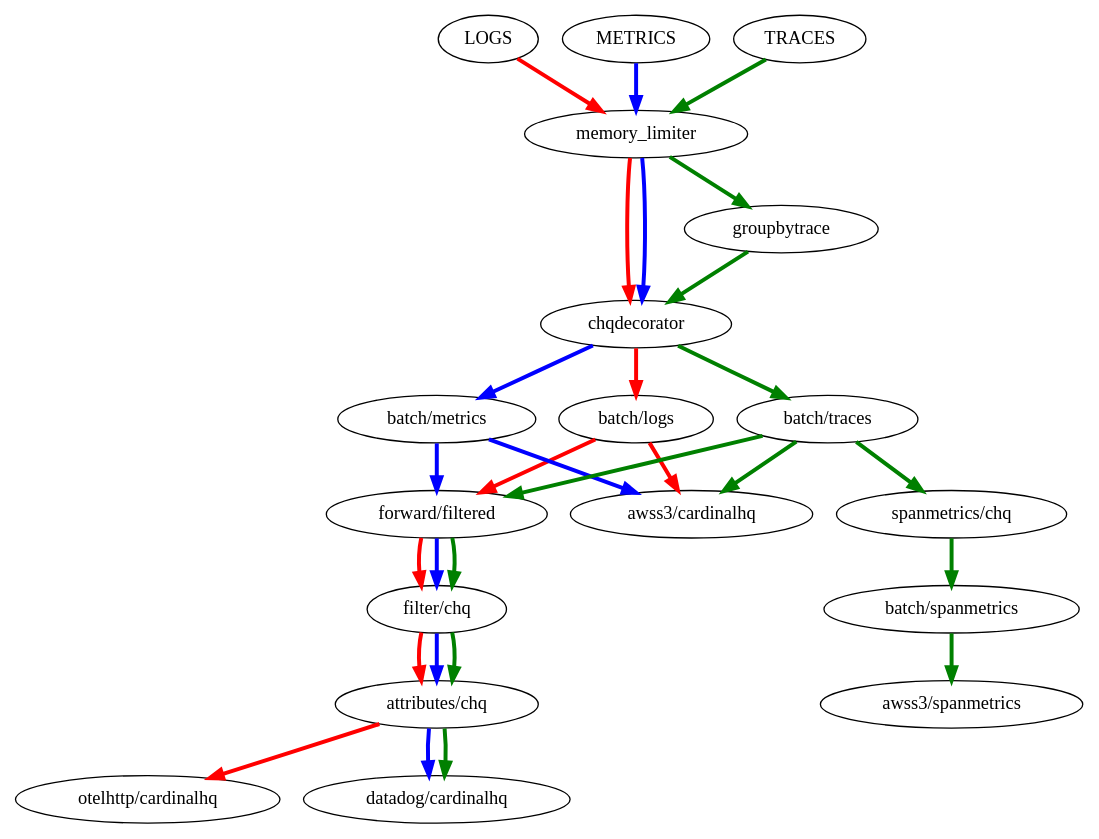
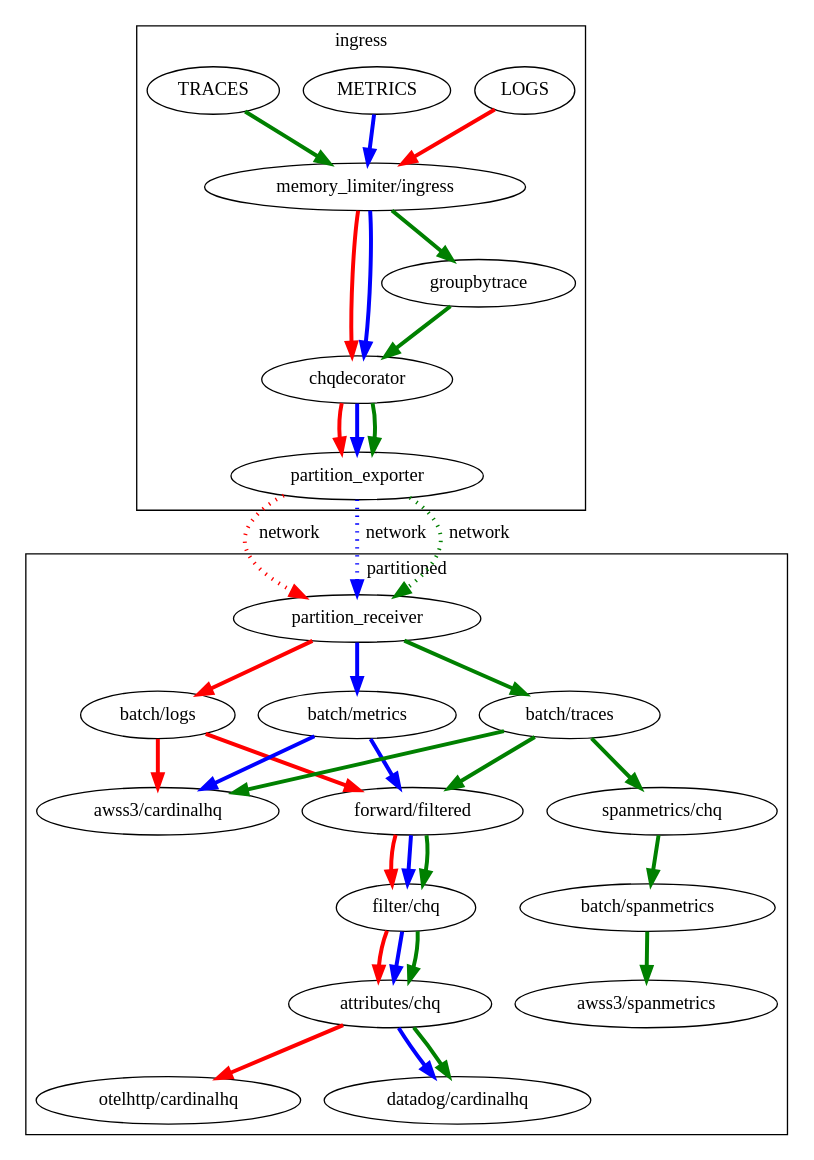
The diagram in kubernetes/gke-dev/doc/processor.dot (cardinalhq/cardinalhq-otel-collector), drawn with Graphviz before and after one commit. The commit also changed 1 other file, not shown here.

Commit message:
partition

```diff
--- a/kubernetes/gke-dev/doc/processor.dot
+++ b/kubernetes/gke-dev/doc/processor.dot
@@ -1,24 +1,79 @@
 digraph {
-    LOGS -> memory_limiter[color=red,penwidth=3.0];
-    memory_limiter -> chqdecorator -> "batch/logs"[color=red,penwidth=3.0];
-    "batch/logs" -> "awss3/cardinalhq"[color=red,penwidth=3.0];
-    "batch/logs" -> "forward/filtered"[color=red,penwidth=3.0];
+    edge [penwidth=3.0];
+    compound=true;
 
-    "forward/filtered" -> "filter/chq" -> "attributes/chq"[color=red,penwidth=3.0];
-    "attributes/chq" -> "otelhttp/cardinalhq"[color=red,penwidth=3.0];
+    subgraph cluster_ingress {
+        label="ingress";
 
-    METRICS -> memory_limiter -> chqdecorator -> "batch/metrics"[color=blue,penwidth=3.0];
-    "batch/metrics" -> "awss3/cardinalhq"[color=blue,penwidth=3.0];
-    "batch/metrics" -> "forward/filtered"[color=blue,penwidth=3.0];
+        subgraph {
+            edge [color=red];
+            LOGS -> "memory_limiter/ingress";
+            "memory_limiter/ingress" -> "chqdecorator";
+            "chqdecorator" -> "partition_exporter";
+        }
 
-    "forward/filtered" -> "filter/chq" -> "attributes/chq"[color=blue,penwidth=3.0];
-    "attributes/chq" -> "datadog/cardinalhq"[color=blue,penwidth=3.0];
+        subgraph {
+            edge [color=blue];
+            METRICS -> "memory_limiter/ingress";
+            "memory_limiter/ingress" -> "chqdecorator";
+            "chqdecorator" -> "partition_exporter";
+        }
 
-    TRACES -> memory_limiter -> groupbytrace -> chqdecorator -> "batch/traces"[color=green,penwidth=3.0];
-    "batch/traces" -> { "awss3/cardinalhq" "forward/filtered" "spanmetrics/chq" }[color=green,penwidth=3.0];
+        subgraph {
+            edge [color=green];
+            TRACES -> "memory_limiter/ingress";
+            "memory_limiter/ingress" -> "groupbytrace";
+            "groupbytrace" -> "chqdecorator";
+            "chqdecorator" -> "partition_exporter";
+        }
+    }
 
-    "forward/filtered" -> "filter/chq" -> "attributes/chq"[color=green,penwidth=3.0];
-    "attributes/chq" -> "datadog/cardinalhq"[color=green,penwidth=3.0];
+    subgraph cluster_partitioned {
+        label="partitioned";
 
-    "spanmetrics/chq" -> "batch/spanmetrics" -> "awss3/spanmetrics"[color=green,penwidth=3.0];
+        subgraph {
+            edge [color=red];
+            "partition_receiver" -> "batch/logs";
+            "batch/logs" -> "awss3/cardinalhq";
+            "batch/logs" -> "forward/filtered";
+            "forward/filtered" -> "filter/chq" -> "attributes/chq";
+            "attributes/chq" -> "otelhttp/cardinalhq";
+        }
+
+        subgraph {
+            edge [color=blue];
+            "partition_receiver" -> "batch/metrics";
+            "batch/metrics" -> "awss3/cardinalhq";
+            "batch/metrics" -> "forward/filtered";
+            "forward/filtered" -> "filter/chq" -> "attributes/chq";
+            "attributes/chq" -> "datadog/cardinalhq";
+        }
+
+        subgraph {
+            edge [color=green];
+            "partition_receiver" -> "batch/traces";
+            "batch/traces" -> { "awss3/cardinalhq" "forward/filtered" "spanmetrics/chq" };
+            "forward/filtered" -> "filter/chq" -> "attributes/chq";
+            "attributes/chq" -> "datadog/cardinalhq";
+            "spanmetrics/chq" -> "batch/spanmetrics" -> "awss3/spanmetrics";
+        }
+    }
+
+    subgraph cluster_network {
+        edge [label="network",style=dotted];
+        subgraph {
+            edge [color=red];
+            "partition_exporter" -> "partition_receiver";
+        }
+
+        subgraph {
+            edge [color=blue];
+            "partition_exporter" -> "partition_receiver";
+        }
+
+        subgraph {
+            edge [color=green];
+            "partition_exporter" -> "partition_receiver";
+        }
+    }
 }
```
